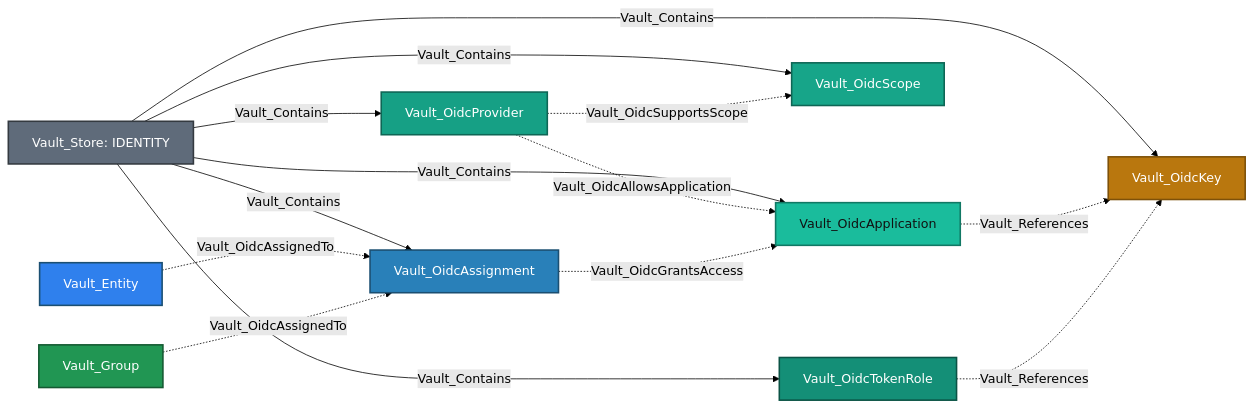
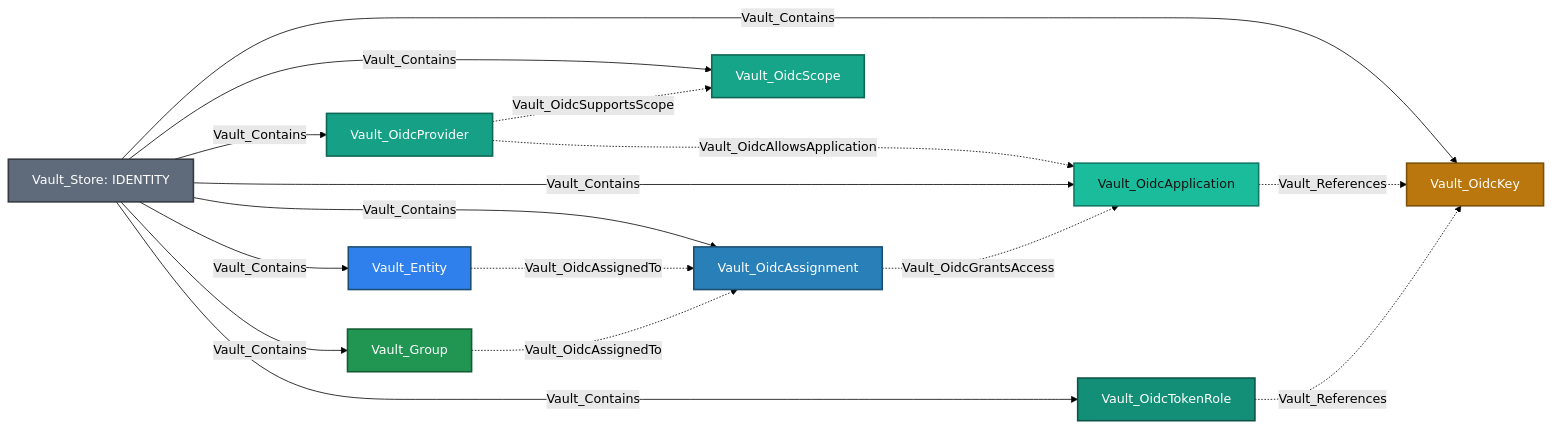
The fifth of 12 diagrams in Documentation/stores/IDENTITY.md (bytewreck/opengraph-vault), drawn with Mermaid (forest theme) before and after one commit. The commit also changed other lines of this file and 4 other files, not shown here.

````diff
--- a/Documentation/stores/IDENTITY.md
+++ b/Documentation/stores/IDENTITY.md
@@ -260,26 +270,28 @@
 ```mermaid
 flowchart LR
     store[Vault_Store: IDENTITY]:::storeNode -->|Vault_Contains| provider[Vault_OidcProvider]:::oidcProviderNode
+    store -->|Vault_Contains| assignment[Vault_OidcAssignment]:::oidcAssignmentNode
+    provider -.->|Vault_OidcAllowsApplication| app
     store -->|Vault_Contains| app[Vault_OidcApplication]:::oidcApplicationNode
     store -->|Vault_Contains| scope[Vault_OidcScope]:::oidcScopeNode
     store -->|Vault_Contains| key[Vault_OidcKey]:::oidcKeyNode
-    store -->|Vault_Contains| assignment[Vault_OidcAssignment]:::oidcAssignmentNode
     store -->|Vault_Contains| role[Vault_OidcTokenRole]:::oidcTokenRoleNode
-    provider -.->|Vault_OidcAllowsApplication| app
     provider -.->|Vault_OidcSupportsScope| scope
     app -.->|Vault_References| key
     role -.->|Vault_References| key
-    entity[Vault_Entity]:::identityNode -.->|Vault_OidcAssignedTo| assignment
-    group[Vault_Group]:::groupNode -.->|Vault_OidcAssignedTo| assignment
+    store -->|Vault_Contains| entity[Vault_Entity]:::identityNode
+    entity -.->|Vault_OidcAssignedTo| assignment
+    store -->|Vault_Contains| group[Vault_Group]:::groupNode
+    group -.->|Vault_OidcAssignedTo| assignment
     assignment -.->|Vault_OidcGrantsAccess| app
 
     classDef storeNode fill:#5F6B7A,color:#fff,stroke:#343A40,stroke-width:2px
     classDef oidcProviderNode fill:#16A085,color:#fff,stroke:#0E6655,stroke-width:2px
     classDef oidcApplicationNode fill:#1ABC9C,color:#111,stroke:#117864,stroke-width:2px
     classDef oidcScopeNode fill:#17A589,color:#fff,stroke:#0E6655,stroke-width:2px
     classDef oidcKeyNode fill:#B9770E,color:#fff,stroke:#7E5109,stroke-width:2px
     classDef oidcAssignmentNode fill:#2980B9,color:#fff,stroke:#1B4F72,stroke-width:2px
     classDef oidcTokenRoleNode fill:#148F77,color:#fff,stroke:#0B5345,stroke-width:2px
     classDef identityNode fill:#2F80ED,color:#fff,stroke:#1B4F72,stroke-width:2px
     classDef groupNode fill:#219653,color:#fff,stroke:#145A32,stroke-width:2px
 ```
````
